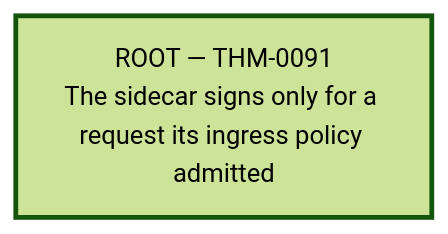
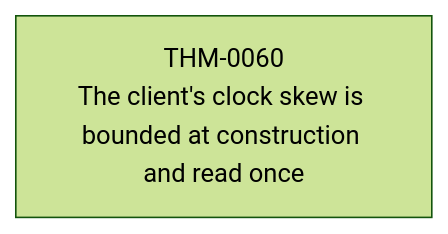
Before and after one commit to matssun/mcp-re: the sixth of 24 diagrams in verification/generated/theorem-dependencies.md, drawn with Mermaid (forest theme). The commit also changed other lines of this file and 146 other files, not shown here.

````diff
--- a/verification/generated/theorem-dependencies.md
+++ b/verification/generated/theorem-dependencies.md
@@ -336,6 +336,4 @@
 ```mermaid
 graph BT
-    THM_0091["ROOT — THM-0091<br/>The sidecar signs only for a request its ingress policy admitted"]
-    classDef root stroke-width:3px;
-    class THM_0091 root;
+    THM_0060["THM-0060<br/>The client's clock skew is bounded at construction and read once"]
 ```
````
